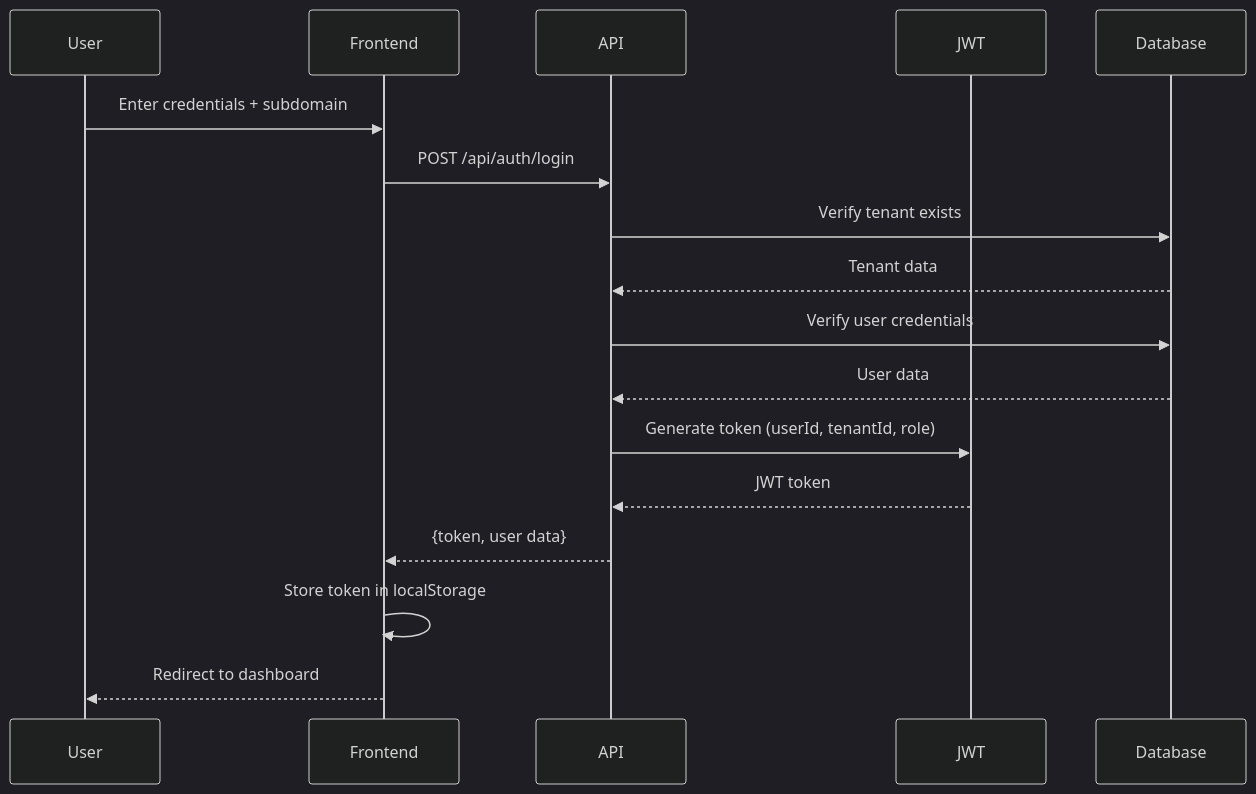
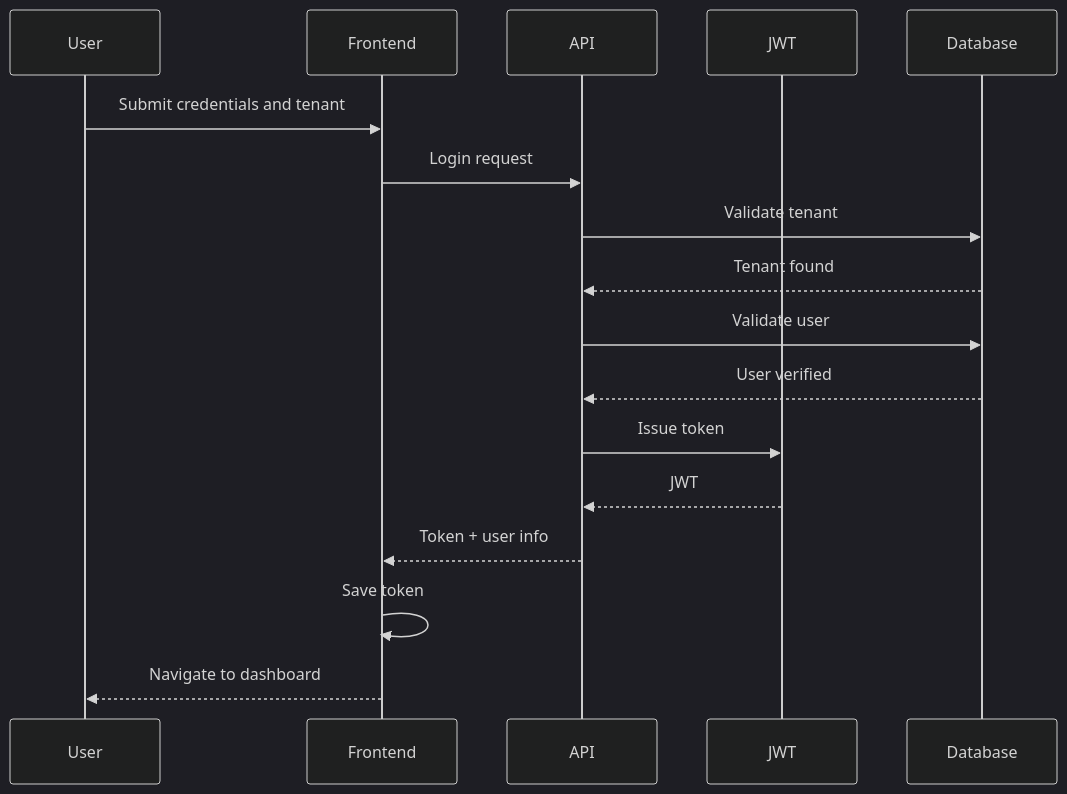
The second of 4 diagrams in docs/architecture.md (navya1129/multi-tenant-saas), drawn with Mermaid (dark theme) before and after one commit. The commit also changed other lines of this file, not shown here.

````diff
--- a/docs/architecture.md
+++ b/docs/architecture.md
@@ -63,20 +62,20 @@
 ```mermaid
 sequenceDiagram
-    participant User
-    participant Frontend
-    participant API
-    participant JWT
-    participant Database
-    
-    User->>Frontend: Enter credentials + subdomain
-    Frontend->>API: POST /api/auth/login
-    API->>Database: Verify tenant exists
-    Database-->>API: Tenant data
-    API->>Database: Verify user credentials
-    Database-->>API: User data
-    API->>JWT: Generate token (userId, tenantId, role)
-    JWT-->>API: JWT token
-    API-->>Frontend: {token, user data}
-    Frontend->>Frontend: Store token in localStorage
-    Frontend-->>User: Redirect to dashboard
+    participant U as User
+    participant F as Frontend
+    participant A as API
+    participant J as JWT
+    participant D as Database
+
+    U->>F: Submit credentials and tenant
+    F->>A: Login request
+    A->>D: Validate tenant
+    D-->>A: Tenant found
+    A->>D: Validate user
+    D-->>A: User verified
+    A->>J: Issue token
+    J-->>A: JWT
+    A-->>F: Token + user info
+    F->>F: Save token
+    F-->>U: Navigate to dashboard
 ```
````
